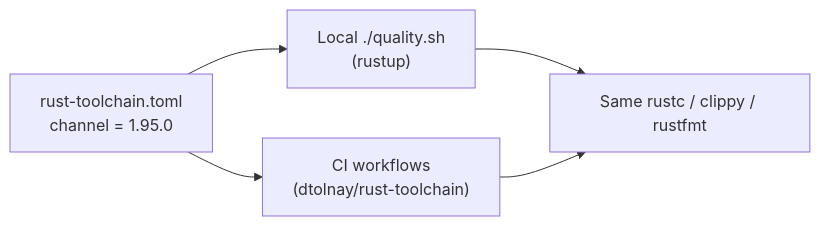
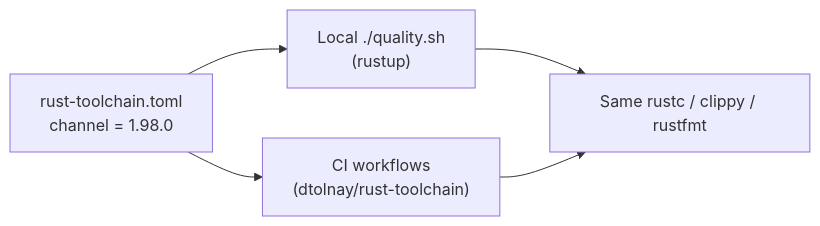
One commit to stSoftwareAU/NEAT-AI-scorer changed the first of 20 diagrams in README.md. Above: the diagram before and after it, drawn with Mermaid. The commit also changed other lines of this file and 3 other files, not shown here.

First line of the commit message:
Bump rust-toolchain.toml to 1.98.0 (VibeCoder#306) (#578)

````diff
--- a/README.md
+++ b/README.md
@@ -72,8 +72,8 @@
 ```mermaid
 flowchart LR
-    TC["rust-toolchain.toml<br/>channel = 1.95.0"]
+    TC["rust-toolchain.toml<br/>channel = 1.98.0"]
     TC --> L["Local ./quality.sh<br/>(rustup)"]
     TC --> C["CI workflows<br/>(dtolnay/rust-toolchain)"]
     L --> R["Same rustc / clippy / rustfmt"]
     C --> R
 ```
````
